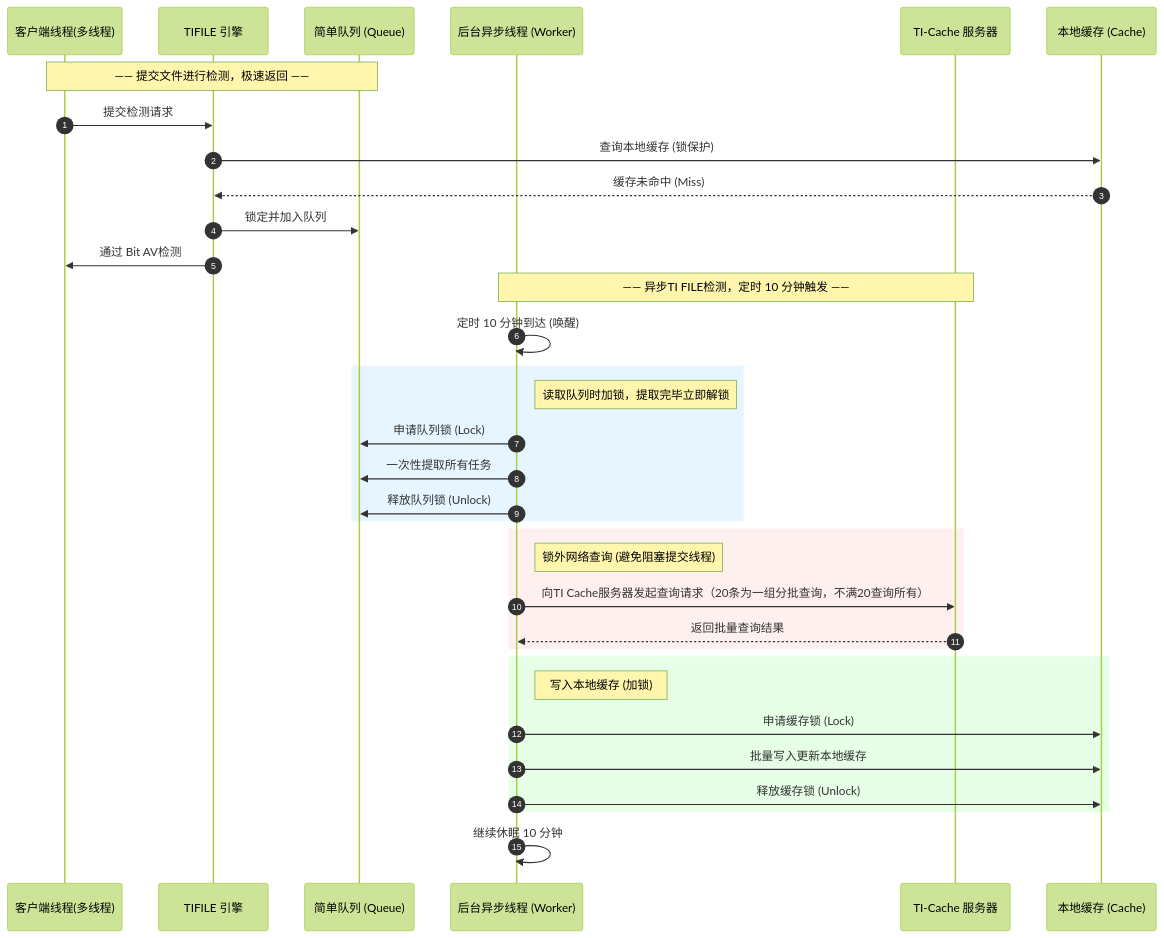
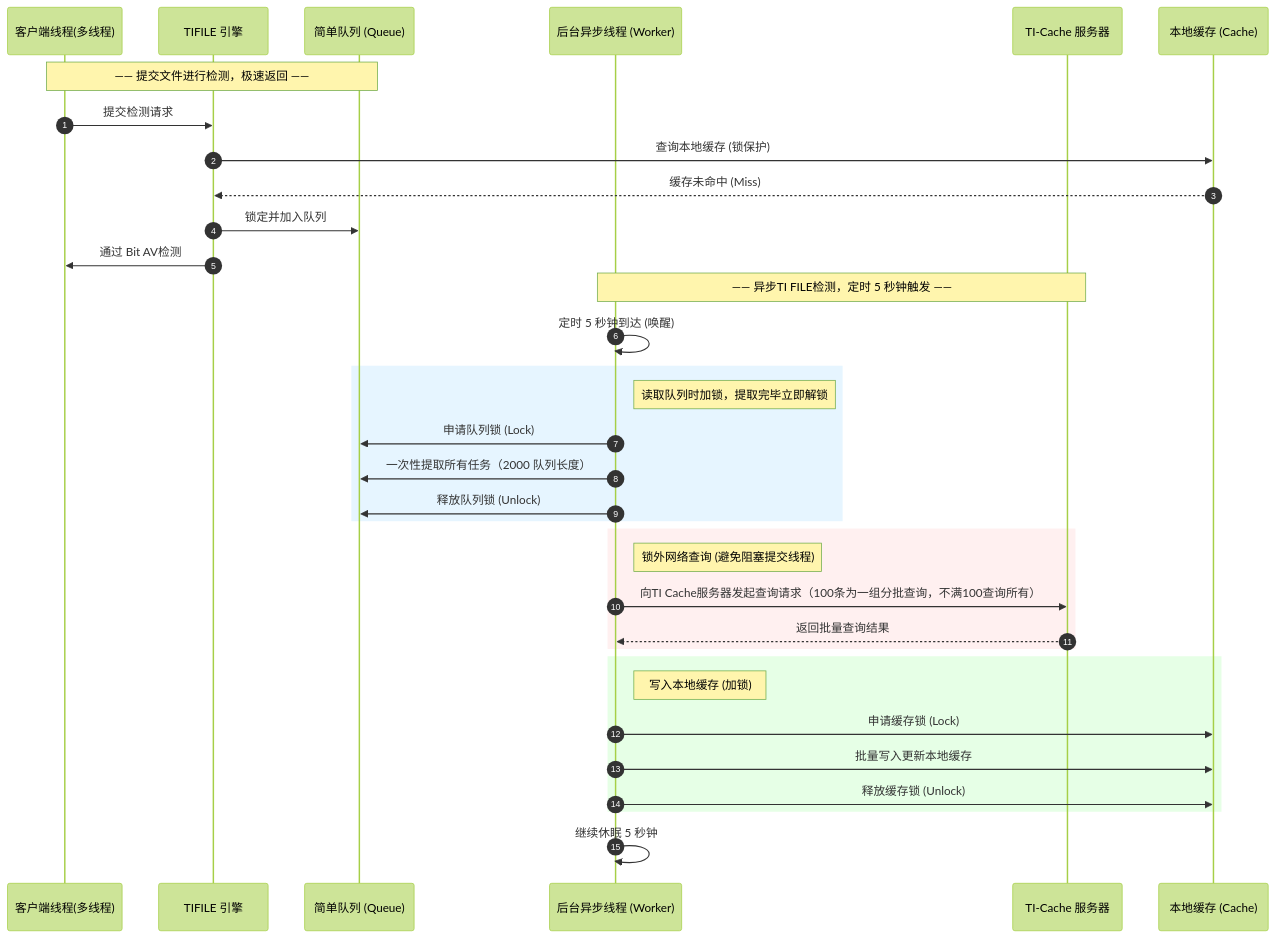
Before and after one commit to hanlinjay/my_exam: the diagram in README.md, drawn with Mermaid (forest theme).

````diff
--- a/README.md
+++ b/README.md
@@ -1,41 +1,41 @@
 ```mermaid
 sequenceDiagram
     autonumber
     participant Client as 客户端线程(多线程)
     participant TIFILE as TIFILE 引擎
     participant Queue as 简单队列 (Queue)
     participant Async as 后台异步线程 (Worker)
     participant TICache as TI-Cache 服务器
     participant Cache as 本地缓存 (Cache)
 
     Note over Client, Queue: —— 提交文件进行检测，极速返回 ——
     Client->>TIFILE: 提交检测请求
     TIFILE->>Cache: 查询本地缓存 (锁保护)
     Cache-->>TIFILE: 缓存未命中 (Miss)
     TIFILE->>Queue: 锁定并加入队列 
     TIFILE->>Client: 通过 Bit AV检测
     
-    Note over Async, TICache: —— 异步TI FILE检测，定时 10 分钟触发 ——
-    Async->>Async: 定时 10 分钟到达 (唤醒)
+    Note over Async, TICache: —— 异步TI FILE检测，定时 5 秒钟触发 ——
+    Async->>Async: 定时 5 秒钟到达 (唤醒)
     rect rgb(230, 245, 255)
         Note right of Async: 读取队列时加锁，提取完毕立即解锁
         Async->>Queue: 申请队列锁 (Lock)
-        Async->>Queue: 一次性提取所有任务 
+        Async->>Queue: 一次性提取所有任务（2000 队列长度）
         Async->>Queue: 释放队列锁 (Unlock)
     end
     
     rect rgb(255, 240, 240)
         Note right of Async: 锁外网络查询 (避免阻塞提交线程)
-        Async->>TICache: 向TI Cache服务器发起查询请求（20条为一组分批查询，不满20查询所有）
+        Async->>TICache: 向TI Cache服务器发起查询请求（100条为一组分批查询，不满100查询所有）
         TICache-->>Async: 返回批量查询结果
     end
 
     rect rgb(230, 255, 230)
         Note right of Async: 写入本地缓存 (加锁)
         Async->>Cache: 申请缓存锁 (Lock)
         Async->>Cache: 批量写入更新本地缓存
         Async->>Cache: 释放缓存锁 (Unlock)
     end
     
-    Async->>Async: 继续休眠 10 分钟
+    Async->>Async: 继续休眠 5 秒钟
 ```
````
